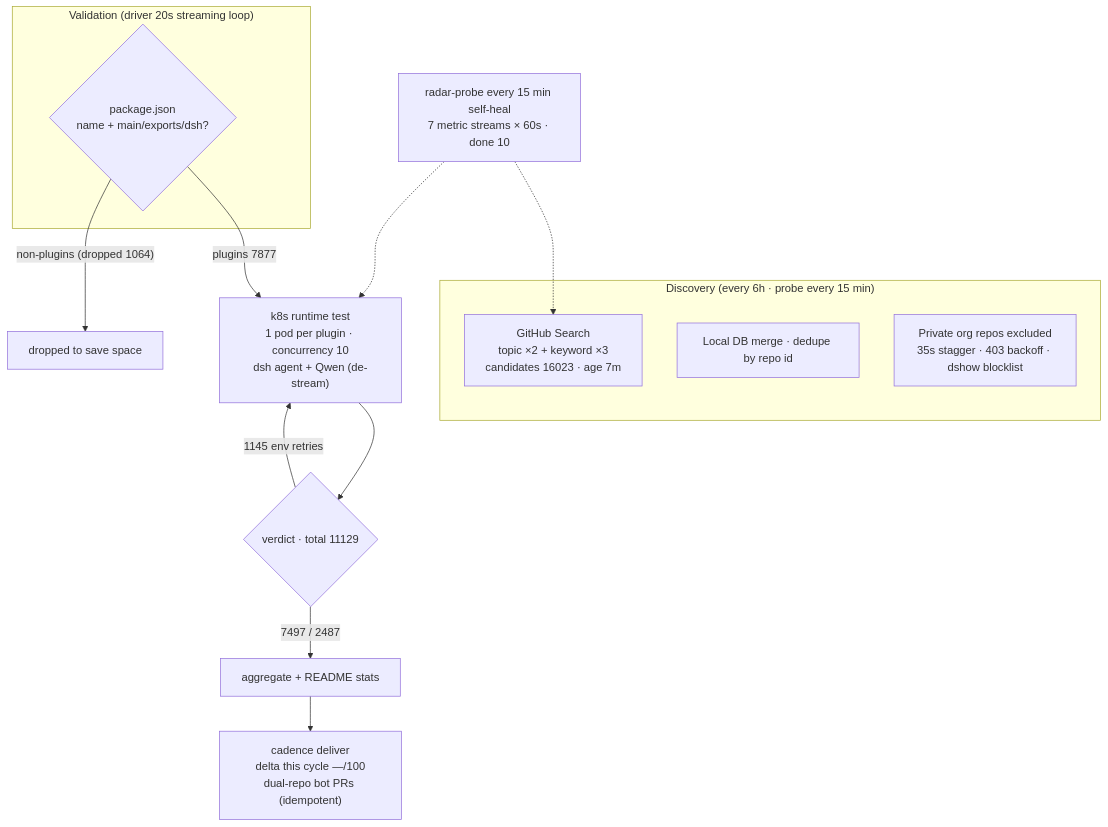
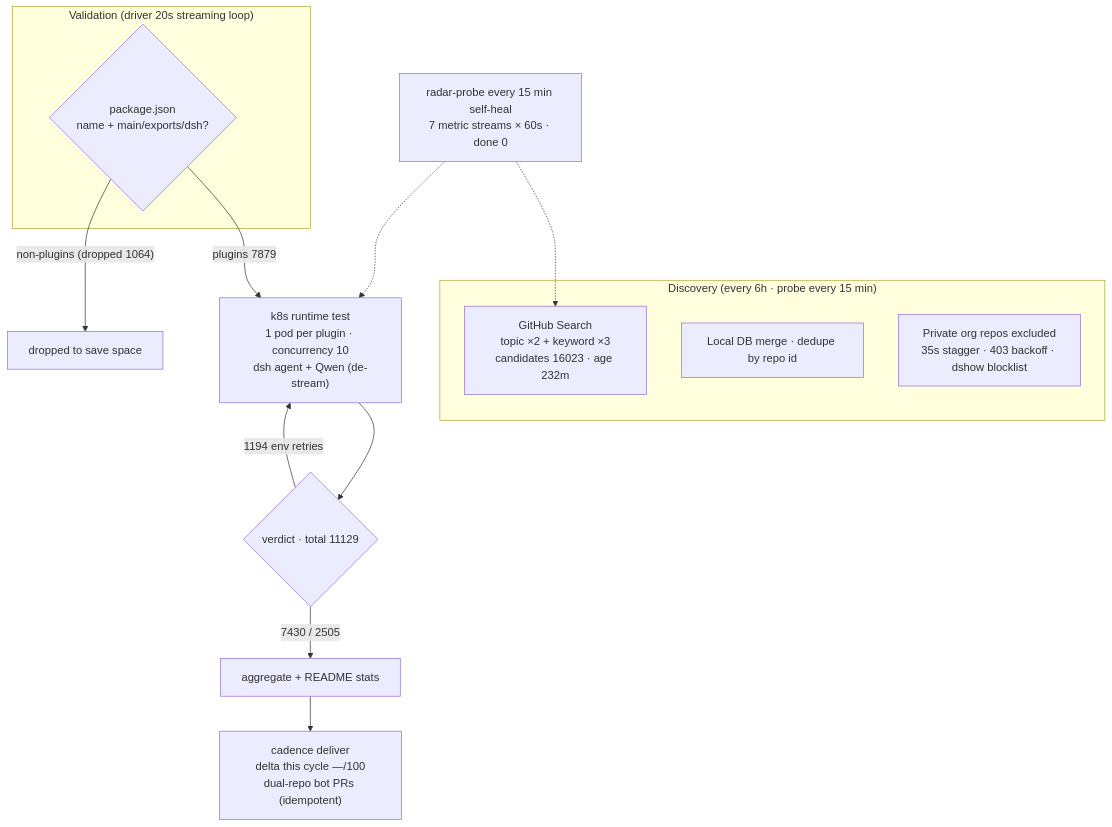
The diagram in README.en-US.md (AdamPlatin123/awesome-dsh-plugins), drawn with Mermaid before and after one commit. The commit also changed other lines of this file and 4 other files, not shown here.

````diff
--- a/README.en-US.md
+++ b/README.en-US.md
@@ -45,20 +45,20 @@
 ```mermaid
 flowchart TB
     subgraph Discovery["Discovery (every 6h · probe every 15 min)"]
-        A1["GitHub Search<br/>topic ×2 + keyword ×3<br/>candidates 16023 · age 7m"]
+        A1["GitHub Search<br/>topic ×2 + keyword ×3<br/>candidates 16023 · age 232m"]
         A2["Local DB merge · dedupe by repo id"]
         A3["Private org repos excluded<br/>35s stagger · 403 backoff · dshow blocklist"]
     end
     subgraph Validation["Validation (driver 20s streaming loop)"]
         B1{"package.json<br/>name + main/exports/dsh?"}
     end
-    B1 -->|"plugins 7877"| C1["k8s runtime test<br/>1 pod per plugin · concurrency 10<br/>dsh agent + Qwen (de-stream)"]
+    B1 -->|"plugins 7879"| C1["k8s runtime test<br/>1 pod per plugin · concurrency 10<br/>dsh agent + Qwen (de-stream)"]
     B1 -->|"non-plugins (dropped 1064)"| B3["dropped to save space"]
     C1 --> D1{"verdict · total 11129"}
-    D1 -->|"7497 / 2487"| E1["aggregate + README stats"]
-    D1 -->|"1145 env retries"| C1
+    D1 -->|"7430 / 2505"| E1["aggregate + README stats"]
+    D1 -->|"1194 env retries"| C1
     E1 --> E2["cadence deliver<br/>delta this cycle —/100<br/>dual-repo bot PRs (idempotent)"]
-    M["radar-probe every 15 min self-heal<br/>7 metric streams × 60s · done 10"]
+    M["radar-probe every 15 min self-heal<br/>7 metric streams × 60s · done 0"]
     M -.-> A1
     M -.-> C1
 ```
````
